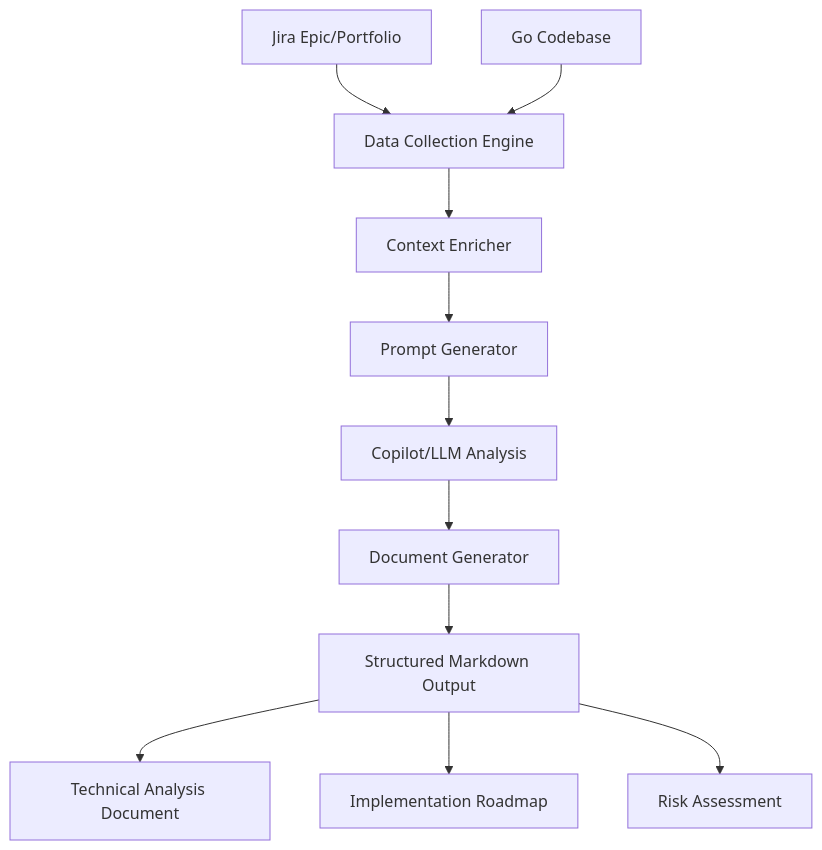
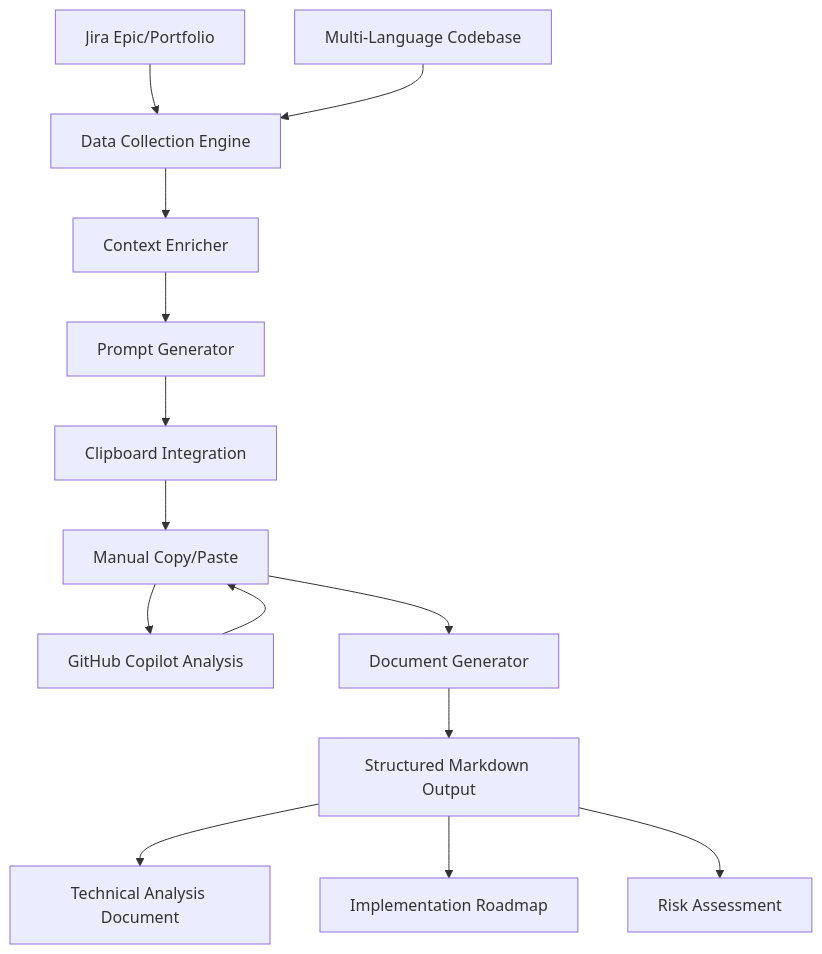
Before and after one commit to Srinidhi94/Product-Owner-AI-Agent: the first of 2 diagrams in docs/PRODUCT_REQUIREMENTS.md, drawn with Mermaid. The commit also changed other lines of this file and 38 other files, not shown here.

````diff
--- a/docs/PRODUCT_REQUIREMENTS.md
+++ b/docs/PRODUCT_REQUIREMENTS.md
@@ -67,13 +185,16 @@
 ```mermaid
 graph TD
     A[Jira Epic/Portfolio] --> B[Data Collection Engine]
-    C[Go Codebase] --> B
+    C[Multi-Language Codebase] --> B
     B --> D[Context Enricher]
     D --> E[Prompt Generator]
-    E --> F[Copilot/LLM Analysis]
-    F --> G[Document Generator]
-    G --> H[Structured Markdown Output]
-    H --> I[Technical Analysis Document]
-    H --> J[Implementation Roadmap]
-    H --> K[Risk Assessment]
+    E --> F[Clipboard Integration]
+    F --> G[Manual Copy/Paste]
+    G --> H[GitHub Copilot Analysis]
+    H --> G
+    G --> I[Document Generator]
+    I --> J[Structured Markdown Output]
+    J --> K[Technical Analysis Document]
+    J --> L[Implementation Roadmap]
+    J --> M[Risk Assessment]
 ```
````
